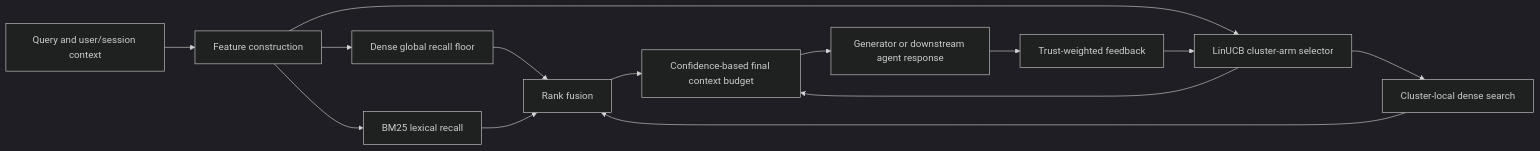
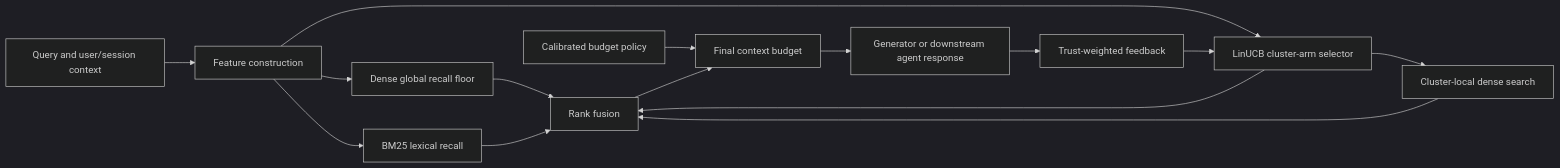
Before and after one commit to wolfhawkld/IntentWeight: the diagram in paper/full_draft/figures/figure1_system_diagram.mmd, drawn with Mermaid (dark theme). The commit also changed 67 other files, not shown here.

```diff
--- a/paper/full_draft/figures/figure1_system_diagram.mmd
+++ b/paper/full_draft/figures/figure1_system_diagram.mmd
@@ -1,14 +1,15 @@
 flowchart LR
     Q[Query and user/session context] --> F[Feature construction]
     F --> D[Dense global recall floor]
     F --> B[BM25 lexical recall]
     F --> P[LinUCB cluster-arm selector]
     P --> C[Cluster-local dense search]
     D --> R[Rank fusion]
     B --> R
     C --> R
-    P --> G[Confidence-based final context budget]
+    P --> R
+    K[Calibrated budget policy] --> G[Final context budget]
     R --> G
     G --> A[Generator or downstream agent response]
     A --> T[Trust-weighted feedback]
     T --> P
```
